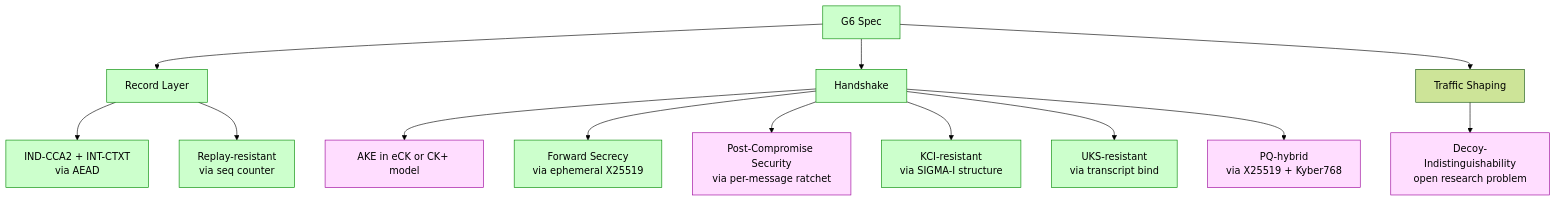
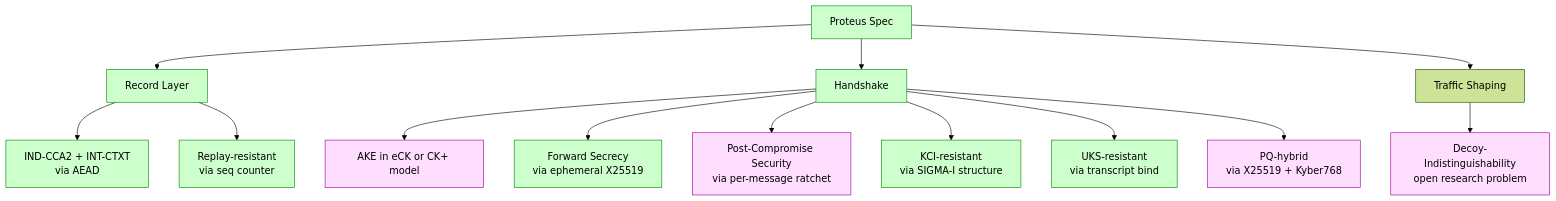
The fifth of 5 diagrams in lessons/part-3-cryptography/3.1-crypto-goals-taxonomy.md (Icarus603/network-from-scratch), drawn with Mermaid (forest theme) before and after one commit. The commit also changed other lines of this file and 300 other files, not shown here.

````diff
--- a/lessons/part-3-cryptography/3.1-crypto-goals-taxonomy.md
+++ b/lessons/part-3-cryptography/3.1-crypto-goals-taxonomy.md
@@ -426,22 +426,22 @@
 ```mermaid
 flowchart TD
     classDef done fill:#cfc,stroke:#080
     classDef open fill:#fdf,stroke:#909
 
-    G6[G6 Spec]:::done
+    Proteus[Proteus Spec]:::done
 
-    G6 --> RL[Record Layer]:::done
+    Proteus --> RL[Record Layer]:::done
     RL --> RL_C[IND-CCA2 + INT-CTXT<br/>via AEAD]:::done
     RL --> RL_R[Replay-resistant<br/>via seq counter]:::done
 
-    G6 --> HS[Handshake]:::done
+    Proteus --> HS[Handshake]:::done
     HS --> HS_AKE[AKE in eCK or CK+ model]:::open
     HS --> HS_FS[Forward Secrecy<br/>via ephemeral X25519]:::done
     HS --> HS_PCS[Post-Compromise Security<br/>via per-message ratchet]:::open
     HS --> HS_KCI[KCI-resistant<br/>via SIGMA-I structure]:::done
     HS --> HS_UKS[UKS-resistant<br/>via transcript bind]:::done
     HS --> HS_PQ[PQ-hybrid<br/>via X25519 + Kyber768]:::open
 
-    G6 --> TF[Traffic Shaping]
+    Proteus --> TF[Traffic Shaping]
     TF --> TF_DI[Decoy-Indistinguishability<br/>open research problem]:::open
 ```
````
